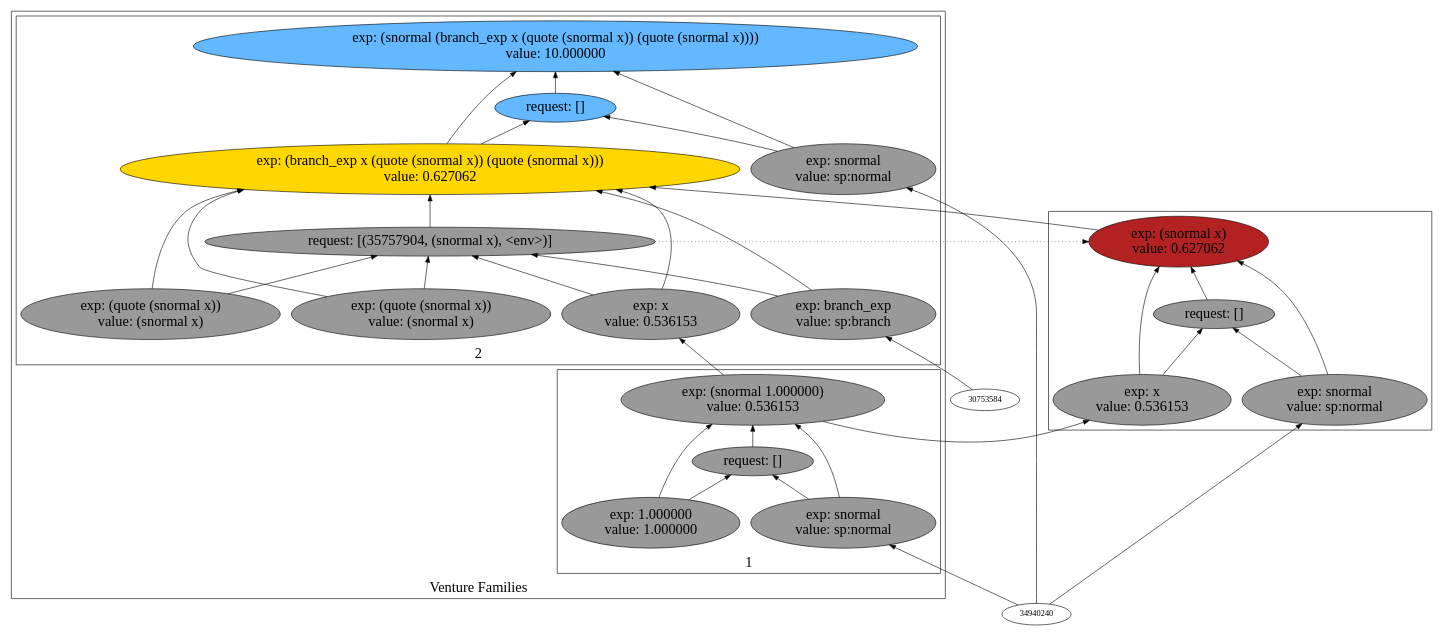
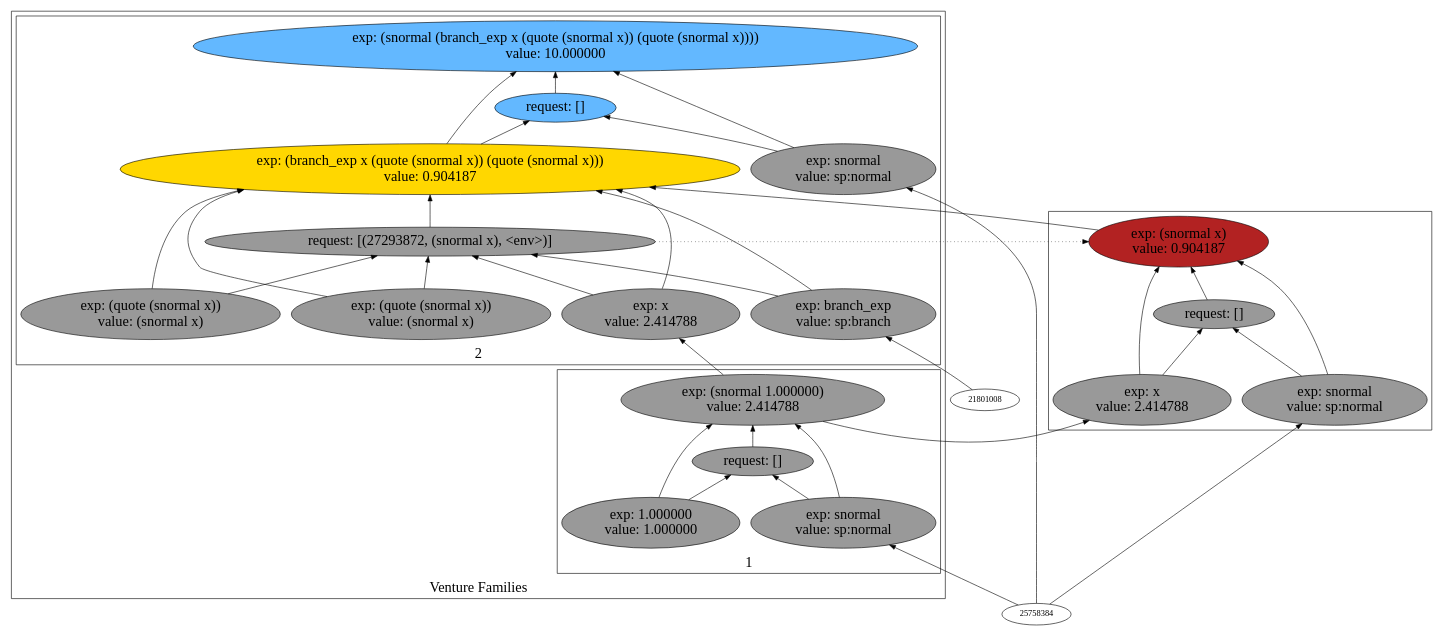
The diagram in backend/cxx/pdf_graphs/erg_to_drg/dot11.dot (probcomp/Venturecxx), drawn with Graphviz before and after one commit. The commit also changed 403 other files, not shown here.

```diff
--- a/backend/cxx/pdf_graphs/erg_to_drg/dot11.dot
+++ b/backend/cxx/pdf_graphs/erg_to_drg/dot11.dot
@@ -1,70 +1,70 @@
 digraph {
 rankdir=BT
 fontsize=24
 subgraph cluster1 {
 label="Venture Families"
 subgraph cluster2 {
 label="1"
-"36046160"["fillcolor"="grey60" "fontsize"="24" "label"="exp: (snormal 1.000000)\nvalue: 0.536153" "shape"="ellipse" "style"="filled" ]
-"36008416"["fillcolor"="grey60" "fontsize"="24" "label"="request: []" "shape"="ellipse" "style"="filled" ]
-"36497008"["fillcolor"="grey60" "fontsize"="24" "label"="exp: snormal\nvalue: sp:normal" "shape"="ellipse" "style"="filled" ]
-"37145056"["fillcolor"="grey60" "fontsize"="24" "label"="exp: 1.000000\nvalue: 1.000000" "shape"="ellipse" "style"="filled" ]
+"26590768"["fillcolor"="grey60" "fontsize"="24" "label"="exp: (snormal 1.000000)\nvalue: 2.414788" "shape"="ellipse" "style"="filled" ]
+"28026208"["fillcolor"="grey60" "fontsize"="24" "label"="request: []" "shape"="ellipse" "style"="filled" ]
+"26703216"["fillcolor"="grey60" "fontsize"="24" "label"="exp: snormal\nvalue: sp:normal" "shape"="ellipse" "style"="filled" ]
+"26840224"["fillcolor"="grey60" "fontsize"="24" "label"="exp: 1.000000\nvalue: 1.000000" "shape"="ellipse" "style"="filled" ]
 }
 
 subgraph cluster3 {
 label="2"
-"37194688"["fillcolor"="steelblue1" "fontsize"="24" "label"="exp: (snormal (branch_exp x (quote (snormal x)) (quote (snormal x))))\nvalue: 10.000000" "shape"="ellipse" "style"="filled" ]
-"35758960"["fillcolor"="steelblue1" "fontsize"="24" "label"="request: []" "shape"="ellipse" "style"="filled" ]
-"35031056"["fillcolor"="grey60" "fontsize"="24" "label"="exp: snormal\nvalue: sp:normal" "shape"="ellipse" "style"="filled" ]
-"35680080"["fillcolor"="gold" "fontsize"="24" "label"="exp: (branch_exp x (quote (snormal x)) (quote (snormal x)))\nvalue: 0.627062" "shape"="ellipse" "style"="filled" ]
-"35757904"["fillcolor"="grey60" "fontsize"="24" "label"="request: [(35757904, (snormal x), <env>)]" "shape"="ellipse" "style"="filled" ]
-"35705920"["fillcolor"="grey60" "fontsize"="24" "label"="exp: branch_exp\nvalue: sp:branch" "shape"="ellipse" "style"="filled" ]
-"35204768"["fillcolor"="grey60" "fontsize"="24" "label"="exp: x\nvalue: 0.536153" "shape"="ellipse" "style"="filled" ]
-"35488720"["fillcolor"="grey60" "fontsize"="24" "label"="exp: (quote (snormal x))\nvalue: (snormal x)" "shape"="ellipse" "style"="filled" ]
-"37468304"["fillcolor"="grey60" "fontsize"="24" "label"="exp: (quote (snormal x))\nvalue: (snormal x)" "shape"="ellipse" "style"="filled" ]
+"27877312"["fillcolor"="steelblue1" "fontsize"="24" "label"="exp: (snormal (branch_exp x (quote (snormal x)) (quote (snormal x))))\nvalue: 10.000000" "shape"="ellipse" "style"="filled" ]
+"27328816"["fillcolor"="steelblue1" "fontsize"="24" "label"="request: []" "shape"="ellipse" "style"="filled" ]
+"27976576"["fillcolor"="grey60" "fontsize"="24" "label"="exp: snormal\nvalue: sp:normal" "shape"="ellipse" "style"="filled" ]
+"25863072"["fillcolor"="gold" "fontsize"="24" "label"="exp: (branch_exp x (quote (snormal x)) (quote (snormal x)))\nvalue: 0.904187" "shape"="ellipse" "style"="filled" ]
+"27293872"["fillcolor"="grey60" "fontsize"="24" "label"="request: [(27293872, (snormal x), <env>)]" "shape"="ellipse" "style"="filled" ]
+"26589712"["fillcolor"="grey60" "fontsize"="24" "label"="exp: branch_exp\nvalue: sp:branch" "shape"="ellipse" "style"="filled" ]
+"26586752"["fillcolor"="grey60" "fontsize"="24" "label"="exp: x\nvalue: 2.414788" "shape"="ellipse" "style"="filled" ]
+"26320736"["fillcolor"="grey60" "fontsize"="24" "label"="exp: (quote (snormal x))\nvalue: (snormal x)" "shape"="ellipse" "style"="filled" ]
+"26496576"["fillcolor"="grey60" "fontsize"="24" "label"="exp: (quote (snormal x))\nvalue: (snormal x)" "shape"="ellipse" "style"="filled" ]
 }
 
 }
 
 subgraph cluster4 {
 label=""
-"37045760"["fillcolor"="firebrick" "fontsize"="24" "label"="exp: (snormal x)\nvalue: 0.627062" "shape"="ellipse" "style"="filled" ]
-"35754944"["fillcolor"="grey60" "fontsize"="24" "label"="request: []" "shape"="ellipse" "style"="filled" ]
-"37256464"["fillcolor"="grey60" "fontsize"="24" "label"="exp: snormal\nvalue: sp:normal" "shape"="ellipse" "style"="filled" ]
-"35060256"["fillcolor"="grey60" "fontsize"="24" "label"="exp: x\nvalue: 0.536153" "shape"="ellipse" "style"="filled" ]
+"28087984"["fillcolor"="firebrick" "fontsize"="24" "label"="exp: (snormal x)\nvalue: 0.904187" "shape"="ellipse" "style"="filled" ]
+"26511888"["fillcolor"="grey60" "fontsize"="24" "label"="request: []" "shape"="ellipse" "style"="filled" ]
+"25892272"["fillcolor"="grey60" "fontsize"="24" "label"="exp: snormal\nvalue: sp:normal" "shape"="ellipse" "style"="filled" ]
+"26355216"["fillcolor"="grey60" "fontsize"="24" "label"="exp: x\nvalue: 2.414788" "shape"="ellipse" "style"="filled" ]
 }
 
-"36497008" -> "36046160"["arrowhead"="normal" "color"="black" "constraint"="true" "style"="solid" ]
-"36497008" -> "36008416"["arrowhead"="normal" "color"="black" "constraint"="true" "style"="solid" ]
-"34940240" -> "36497008"["arrowhead"="normal" "color"="black" "constraint"="true" "style"="solid" ]
-"37145056" -> "36046160"["arrowhead"="normal" "color"="black" "constraint"="true" "style"="solid" ]
-"37145056" -> "36008416"["arrowhead"="normal" "color"="black" "constraint"="true" "style"="solid" ]
-"36008416" -> "36046160"["arrowhead"="normal" "color"="black" "constraint"="true" "style"="solid" ]
-"37256464" -> "37045760"["arrowhead"="normal" "color"="black" "constraint"="true" "style"="solid" ]
-"37256464" -> "35754944"["arrowhead"="normal" "color"="black" "constraint"="true" "style"="solid" ]
-"34940240" -> "37256464"["arrowhead"="normal" "color"="black" "constraint"="true" "style"="solid" ]
-"35060256" -> "37045760"["arrowhead"="normal" "color"="black" "constraint"="true" "style"="solid" ]
-"35060256" -> "35754944"["arrowhead"="normal" "color"="black" "constraint"="true" "style"="solid" ]
-"36046160" -> "35060256"["arrowhead"="normal" "color"="black" "constraint"="true" "style"="solid" ]
-"35754944" -> "37045760"["arrowhead"="normal" "color"="black" "constraint"="true" "style"="solid" ]
-"35031056" -> "37194688"["arrowhead"="normal" "color"="black" "constraint"="true" "style"="solid" ]
-"35031056" -> "35758960"["arrowhead"="normal" "color"="black" "constraint"="true" "style"="solid" ]
-"34940240" -> "35031056"["arrowhead"="normal" "color"="black" "constraint"="true" "style"="solid" ]
-"35680080" -> "37194688"["arrowhead"="normal" "color"="black" "constraint"="true" "style"="solid" ]
-"35680080" -> "35758960"["arrowhead"="normal" "color"="black" "constraint"="true" "style"="solid" ]
-"35705920" -> "35680080"["arrowhead"="normal" "color"="black" "constraint"="true" "style"="solid" ]
-"35705920" -> "35757904"["arrowhead"="normal" "color"="black" "constraint"="true" "style"="solid" ]
-"30753584" -> "35705920"["arrowhead"="normal" "color"="black" "constraint"="true" "style"="solid" ]
-"35204768" -> "35680080"["arrowhead"="normal" "color"="black" "constraint"="true" "style"="solid" ]
-"35204768" -> "35757904"["arrowhead"="normal" "color"="black" "constraint"="true" "style"="solid" ]
-"36046160" -> "35204768"["arrowhead"="normal" "color"="black" "constraint"="true" "style"="solid" ]
-"35488720" -> "35680080"["arrowhead"="normal" "color"="black" "constraint"="true" "style"="solid" ]
-"35488720" -> "35757904"["arrowhead"="normal" "color"="black" "constraint"="true" "style"="solid" ]
-"37468304" -> "35680080"["arrowhead"="normal" "color"="black" "constraint"="true" "style"="solid" ]
-"37468304" -> "35757904"["arrowhead"="normal" "color"="black" "constraint"="true" "style"="solid" ]
-"35757904" -> "35680080"["arrowhead"="normal" "color"="black" "constraint"="true" "style"="solid" ]
-"37045760" -> "35680080"["arrowhead"="normal" "color"="black" "constraint"="true" "style"="solid" ]
-"35757904" -> "37045760"["arrowhead"="normal" "color"="black" "constraint"="false" "style"="dotted" ]
-"35758960" -> "37194688"["arrowhead"="normal" "color"="black" "constraint"="true" "style"="solid" ]
+"26703216" -> "26590768"["arrowhead"="normal" "color"="black" "constraint"="true" "style"="solid" ]
+"26703216" -> "28026208"["arrowhead"="normal" "color"="black" "constraint"="true" "style"="solid" ]
+"25758384" -> "26703216"["arrowhead"="normal" "color"="black" "constraint"="true" "style"="solid" ]
+"26840224" -> "26590768"["arrowhead"="normal" "color"="black" "constraint"="true" "style"="solid" ]
+"26840224" -> "28026208"["arrowhead"="normal" "color"="black" "constraint"="true" "style"="solid" ]
+"28026208" -> "26590768"["arrowhead"="normal" "color"="black" "constraint"="true" "style"="solid" ]
+"27976576" -> "27877312"["arrowhead"="normal" "color"="black" "constraint"="true" "style"="solid" ]
+"27976576" -> "27328816"["arrowhead"="normal" "color"="black" "constraint"="true" "style"="solid" ]
+"25758384" -> "27976576"["arrowhead"="normal" "color"="black" "constraint"="true" "style"="solid" ]
+"25863072" -> "27877312"["arrowhead"="normal" "color"="black" "constraint"="true" "style"="solid" ]
+"25863072" -> "27328816"["arrowhead"="normal" "color"="black" "constraint"="true" "style"="solid" ]
+"26589712" -> "25863072"["arrowhead"="normal" "color"="black" "constraint"="true" "style"="solid" ]
+"26589712" -> "27293872"["arrowhead"="normal" "color"="black" "constraint"="true" "style"="solid" ]
+"21801008" -> "26589712"["arrowhead"="normal" "color"="black" "constraint"="true" "style"="solid" ]
+"26586752" -> "25863072"["arrowhead"="normal" "color"="black" "constraint"="true" "style"="solid" ]
+"26586752" -> "27293872"["arrowhead"="normal" "color"="black" "constraint"="true" "style"="solid" ]
+"26590768" -> "26586752"["arrowhead"="normal" "color"="black" "constraint"="true" "style"="solid" ]
+"26320736" -> "25863072"["arrowhead"="normal" "color"="black" "constraint"="true" "style"="solid" ]
+"26320736" -> "27293872"["arrowhead"="normal" "color"="black" "constraint"="true" "style"="solid" ]
+"26496576" -> "25863072"["arrowhead"="normal" "color"="black" "constraint"="true" "style"="solid" ]
+"26496576" -> "27293872"["arrowhead"="normal" "color"="black" "constraint"="true" "style"="solid" ]
+"27293872" -> "25863072"["arrowhead"="normal" "color"="black" "constraint"="true" "style"="solid" ]
+"28087984" -> "25863072"["arrowhead"="normal" "color"="black" "constraint"="true" "style"="solid" ]
+"27293872" -> "28087984"["arrowhead"="normal" "color"="black" "constraint"="false" "style"="dotted" ]
+"27328816" -> "27877312"["arrowhead"="normal" "color"="black" "constraint"="true" "style"="solid" ]
+"25892272" -> "28087984"["arrowhead"="normal" "color"="black" "constraint"="true" "style"="solid" ]
+"25892272" -> "26511888"["arrowhead"="normal" "color"="black" "constraint"="true" "style"="solid" ]
+"25758384" -> "25892272"["arrowhead"="normal" "color"="black" "constraint"="true" "style"="solid" ]
+"26355216" -> "28087984"["arrowhead"="normal" "color"="black" "constraint"="true" "style"="solid" ]
+"26355216" -> "26511888"["arrowhead"="normal" "color"="black" "constraint"="true" "style"="solid" ]
+"26590768" -> "26355216"["arrowhead"="normal" "color"="black" "constraint"="true" "style"="solid" ]
+"26511888" -> "28087984"["arrowhead"="normal" "color"="black" "constraint"="true" "style"="solid" ]
 
 }
```
